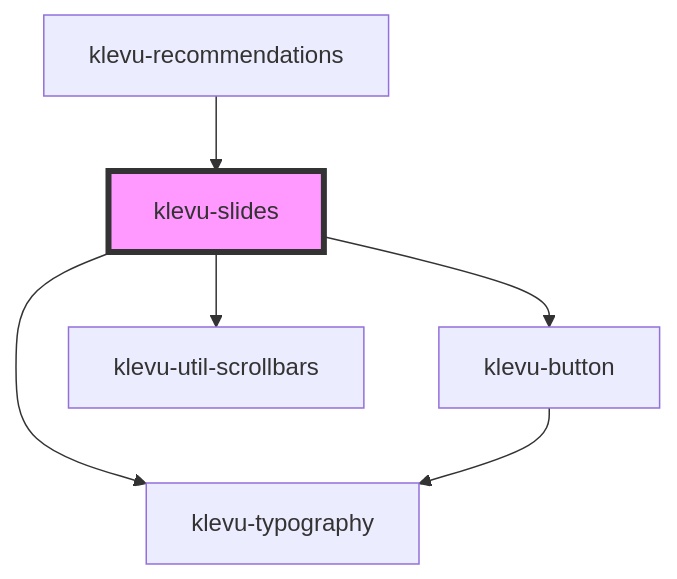
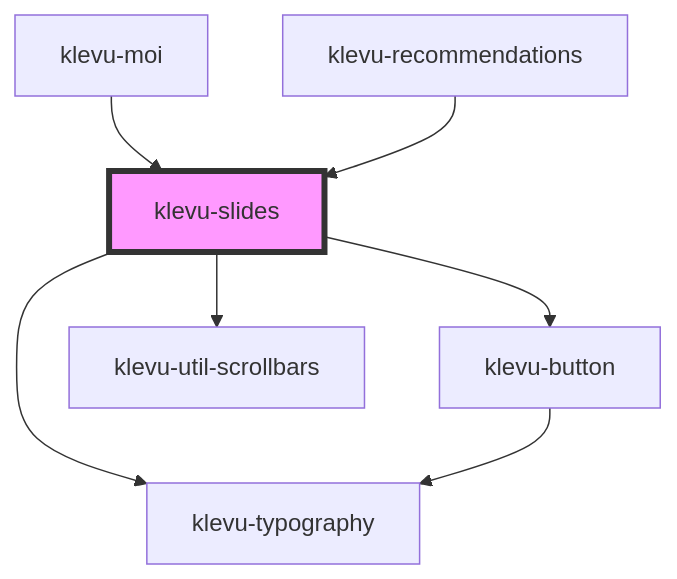
The diagram in packages/klevu-ui/src/components/klevu-slides/readme.md (klevultd/frontend-sdk), drawn with Mermaid before and after one commit. The commit also changed other lines of this file and 18 other files, not shown here.

````diff
--- a/packages/klevu-ui/src/components/klevu-slides/readme.md
+++ b/packages/klevu-ui/src/components/klevu-slides/readme.md
@@ -32,9 +33,10 @@
 ```mermaid
 graph TD;
   klevu-slides --> klevu-typography
   klevu-slides --> klevu-button
   klevu-slides --> klevu-util-scrollbars
   klevu-button --> klevu-typography
+  klevu-moi --> klevu-slides
   klevu-recommendations --> klevu-slides
   style klevu-slides fill:#f9f,stroke:#333,stroke-width:4px
 ```
````
